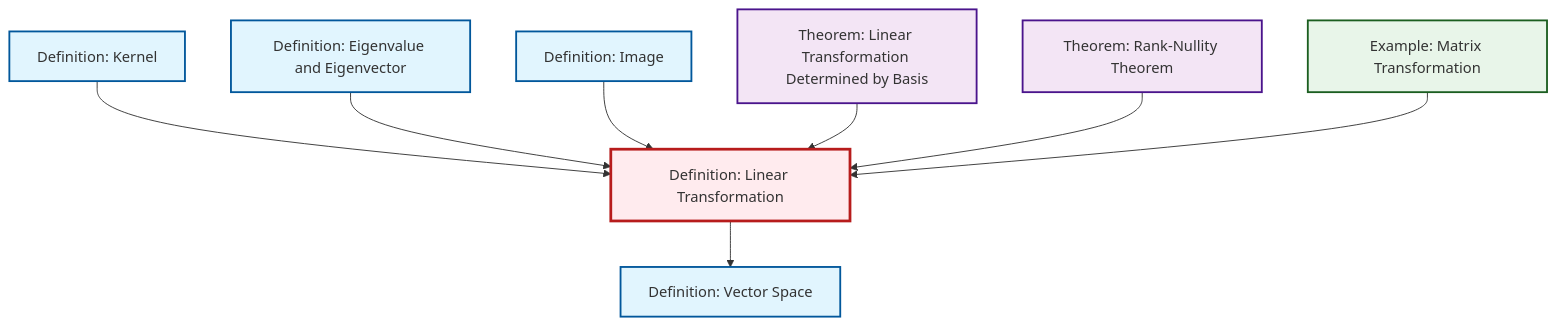
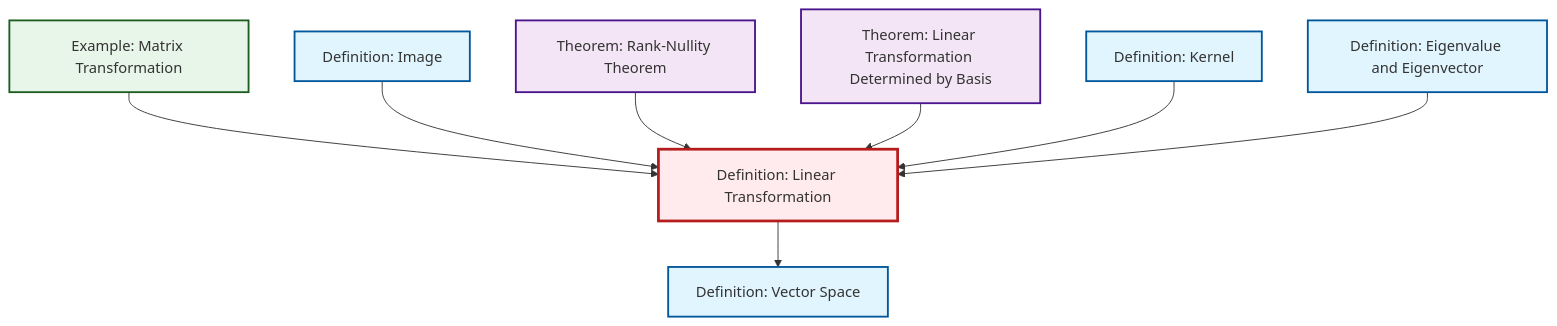
The diagram in content/ja/algebra/def-linear-transformation.qmd (RK0429/ModernMath), drawn with Mermaid before and after one commit. The commit also changed other lines of this file and 360 other files, not shown here.

````diff
--- a/content/ja/algebra/def-linear-transformation.qmd
+++ b/content/ja/algebra/def-linear-transformation.qmd
@@ -46,32 +46,32 @@
 ```{mermaid}
 %%| fig-cap: "Local dependency graph"
 graph TD
     classDef definition fill:#e1f5fe,stroke:#01579b,stroke-width:2px
     classDef theorem fill:#f3e5f5,stroke:#4a148c,stroke-width:2px
     classDef axiom fill:#fff3e0,stroke:#e65100,stroke-width:2px
     classDef example fill:#e8f5e9,stroke:#1b5e20,stroke-width:2px
     classDef current fill:#ffebee,stroke:#b71c1c,stroke-width:3px
+    thm-linear-transformation-basis["Theorem: Linear Transformation Determined by Basis"]:::theorem
+    thm-rank-nullity["Theorem: Rank-Nullity Theorem"]:::theorem
+    def-kernel["Definition: Kernel"]:::definition
+    def-image["Definition: Image"]:::definition
+    def-vector-space["Definition: Vector Space"]:::definition
     def-eigenvalue-eigenvector["Definition: Eigenvalue and Eigenvector"]:::definition
-    def-kernel["Definition: Kernel"]:::definition
+    ex-matrix-transformation["Example: Matrix Transformation"]:::example
     def-linear-transformation["Definition: Linear Transformation"]:::definition
-    def-vector-space["Definition: Vector Space"]:::definition
-    thm-rank-nullity["Theorem: Rank-Nullity Theorem"]:::theorem
-    thm-linear-transformation-basis["Theorem: Linear Transformation Determined by Basis"]:::theorem
-    def-image["Definition: Image"]:::definition
-    ex-matrix-transformation["Example: Matrix Transformation"]:::example
+    ex-matrix-transformation --> def-linear-transformation
+    def-image --> def-linear-transformation
+    thm-rank-nullity --> def-linear-transformation
+    def-linear-transformation --> def-vector-space
+    thm-linear-transformation-basis --> def-linear-transformation
     def-kernel --> def-linear-transformation
     def-eigenvalue-eigenvector --> def-linear-transformation
-    def-image --> def-linear-transformation
-    thm-linear-transformation-basis --> def-linear-transformation
-    thm-rank-nullity --> def-linear-transformation
-    ex-matrix-transformation --> def-linear-transformation
-    def-linear-transformation --> def-vector-space
     class def-linear-transformation current
+    click thm-linear-transformation-basis "thm-linear-transformation-basis.html" "Theorem: Linear Transformation Determined by Basisへ"
+    click thm-rank-nullity "thm-rank-nullity.html" "Theorem: Rank-Nullity Theoremへ"
+    click def-kernel "def-kernel.html" "Definition: Kernelへ"
+    click def-image "def-image.html" "Definition: Imageへ"
+    click def-vector-space "def-vector-space.html" "Definition: Vector Spaceへ"
     click def-eigenvalue-eigenvector "def-eigenvalue-eigenvector.html" "Definition: Eigenvalue and Eigenvectorへ"
-    click def-kernel "def-kernel.html" "Definition: Kernelへ"
-    click def-vector-space "def-vector-space.html" "Definition: Vector Spaceへ"
-    click thm-rank-nullity "thm-rank-nullity.html" "Theorem: Rank-Nullity Theoremへ"
-    click thm-linear-transformation-basis "thm-linear-transformation-basis.html" "Theorem: Linear Transformation Determined by Basisへ"
-    click def-image "def-image.html" "Definition: Imageへ"
     click ex-matrix-transformation "ex-matrix-transformation.html" "Example: Matrix Transformationへ"
 ```
````
